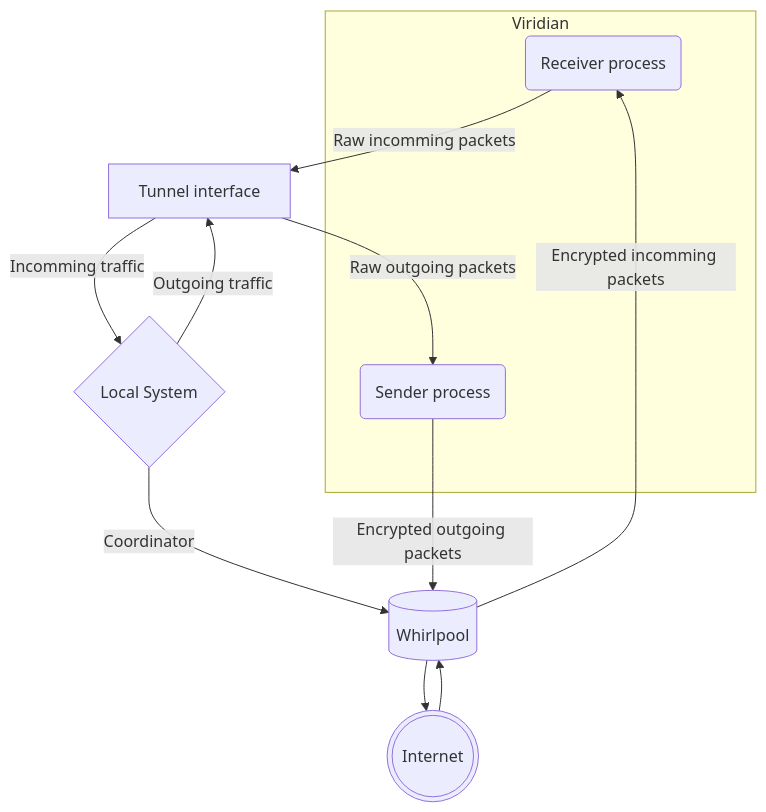
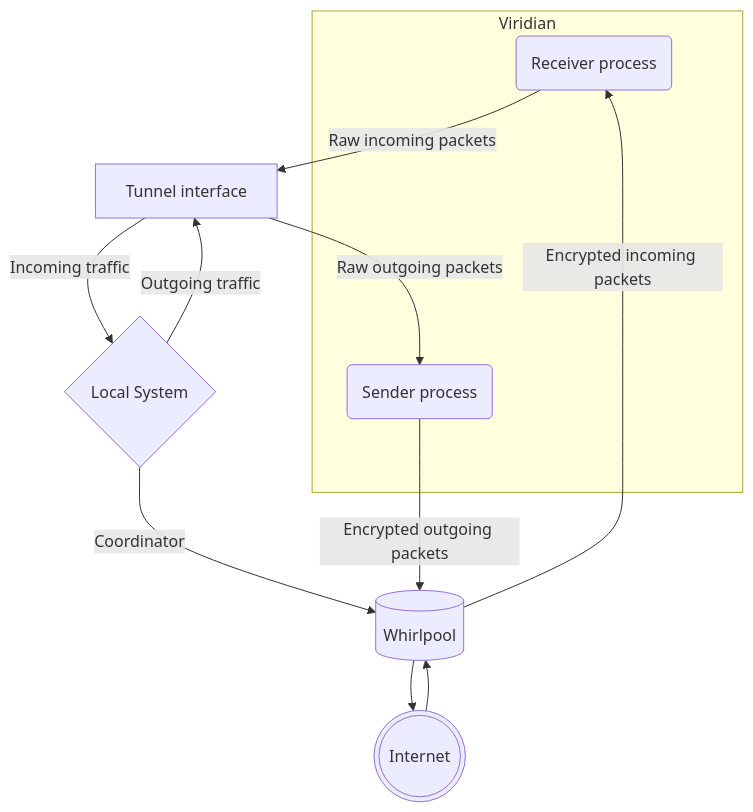
The diagram in viridian/algae/README.md (pseusys/SeasideVPN), drawn with Mermaid before and after one commit. The commit also changed other lines of this file and 23 other files, not shown here.

````diff
--- a/viridian/algae/README.md
+++ b/viridian/algae/README.md
@@ -90,16 +90,16 @@
 ```mermaid
 flowchart TB
   subgraph Viridian
     receiver(Receiver process)
     sender(Sender process)
   end
   system{Local System} -- Outgoing traffic --> tunnel[Tunnel interface]
   system{Local System} -- Coordinator --> whirlpool[(Whirlpool)]
-  tunnel[Tunnel interface] -- Incomming traffic --> system{Local System}
-  receiver(Receiver process) -- Raw incomming packets --> tunnel[Tunnel interface]
+  tunnel[Tunnel interface] -- Incoming traffic --> system{Local System}
+  receiver(Receiver process) -- Raw incoming packets --> tunnel[Tunnel interface]
   tunnel[Tunnel interface] -- Raw outgoing packets --> sender(Sender process)
   sender(Sender process) -- Encrypted outgoing packets -->whirlpool[(Whirlpool)]
-  whirlpool[(Whirlpool)] -- Encrypted incomming packets --> receiver(Receiver process)
+  whirlpool[(Whirlpool)] -- Encrypted incoming packets --> receiver(Receiver process)
   whirlpool[(Whirlpool)] --> internet(((Internet)))
   internet(((Internet))) --> whirlpool[(Whirlpool)]
 ```
````
